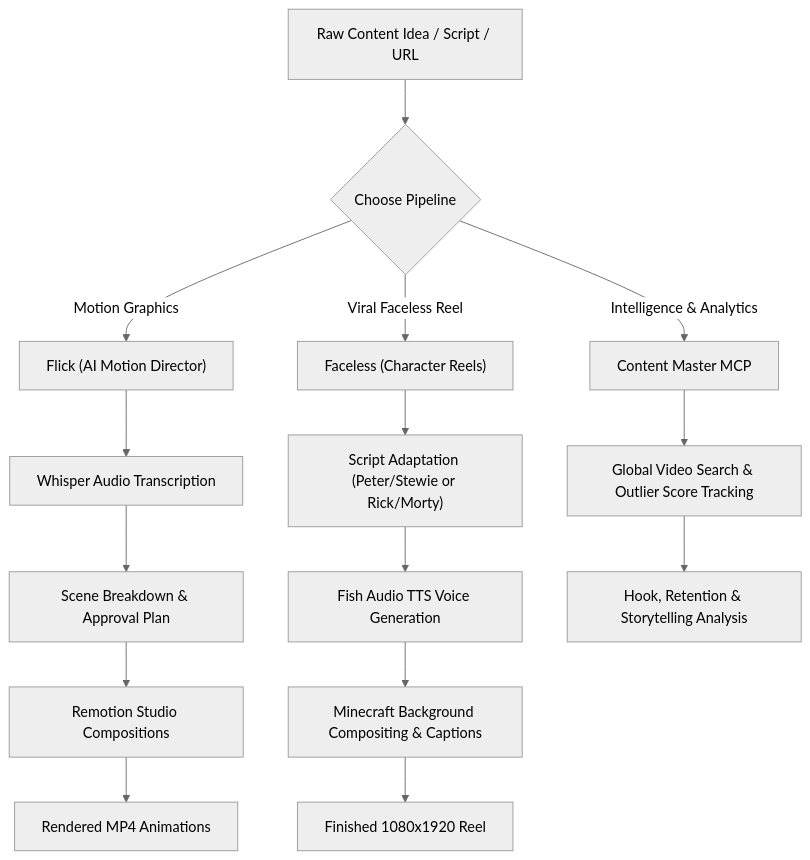
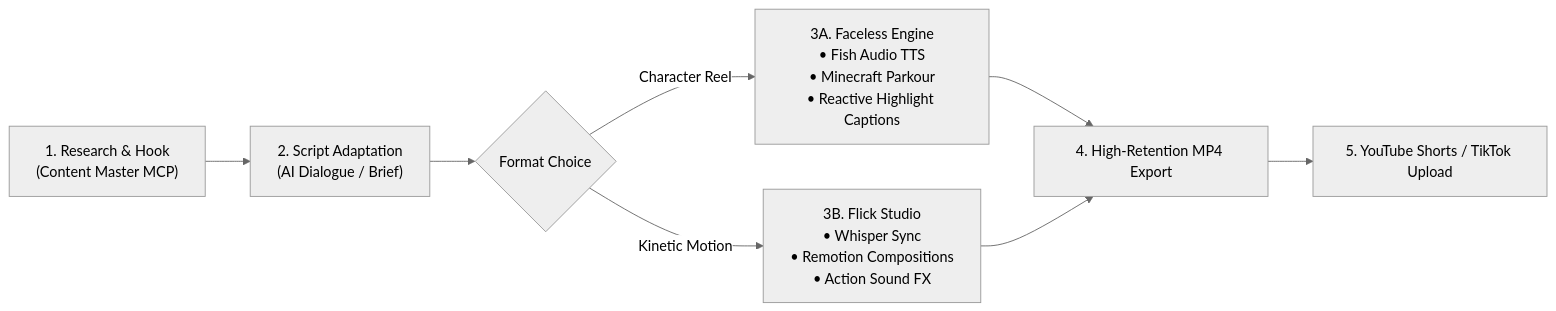
Before and after one commit to baerozgaarmard/content-master: the diagram in README.md, drawn with Mermaid (neutral theme). The commit also changed other lines of this file and 1 other file, not shown here.

Commit message:
feat: add vector hero banner, visual demos, YouTube automation playbook, and SEO tags

````diff
--- a/README.md
+++ b/README.md
@@ -73,20 +99,10 @@
 ```mermaid
-flowchart TD
-    A["Raw Content Idea / Script / URL"] --> B{"Choose Pipeline"}
-    
-    B -->|"Motion Graphics"| C["Flick (AI Motion Director)"]
-    C --> C1["Whisper Audio Transcription"]
-    C1 --> C2["Scene Breakdown & Approval Plan"]
-    C2 --> C3["Remotion Studio Compositions"]
-    C3 --> C4["Rendered MP4 Animations"]
-
-    B -->|"Viral Faceless Reel"| D["Faceless (Character Reels)"]
-    D --> D1["Script Adaptation (Peter/Stewie or Rick/Morty)"]
-    D1 --> D2["Fish Audio TTS Voice Generation"]
-    D2 --> D3["Minecraft Background Compositing & Captions"]
-    D3 --> D4["Finished 1080x1920 Reel"]
-
-    B -->|"Intelligence & Analytics"| E["Content Master MCP"]
-    E --> E1["Global Video Search & Outlier Score Tracking"]
-    E1 --> E2["Hook, Retention & Storytelling Analysis"]
+flowchart LR
+    A["1. Research & Hook<br/>(Content Master MCP)"] --> B["2. Script Adaptation<br/>(AI Dialogue / Brief)"]
+    B --> C{"Format Choice"}
+    C -->|"Character Reel"| D["3A. Faceless Engine<br/>• Fish Audio TTS<br/>• Minecraft Parkour<br/>• Reactive Highlight Captions"]
+    C -->|"Kinetic Motion"| E["3B. Flick Studio<br/>• Whisper Sync<br/>• Remotion Compositions<br/>• Action Sound FX"]
+    D --> F["4. High-Retention MP4 Export"]
+    E --> F
+    F --> G["5. YouTube Shorts / TikTok Upload"]
 ```
````
